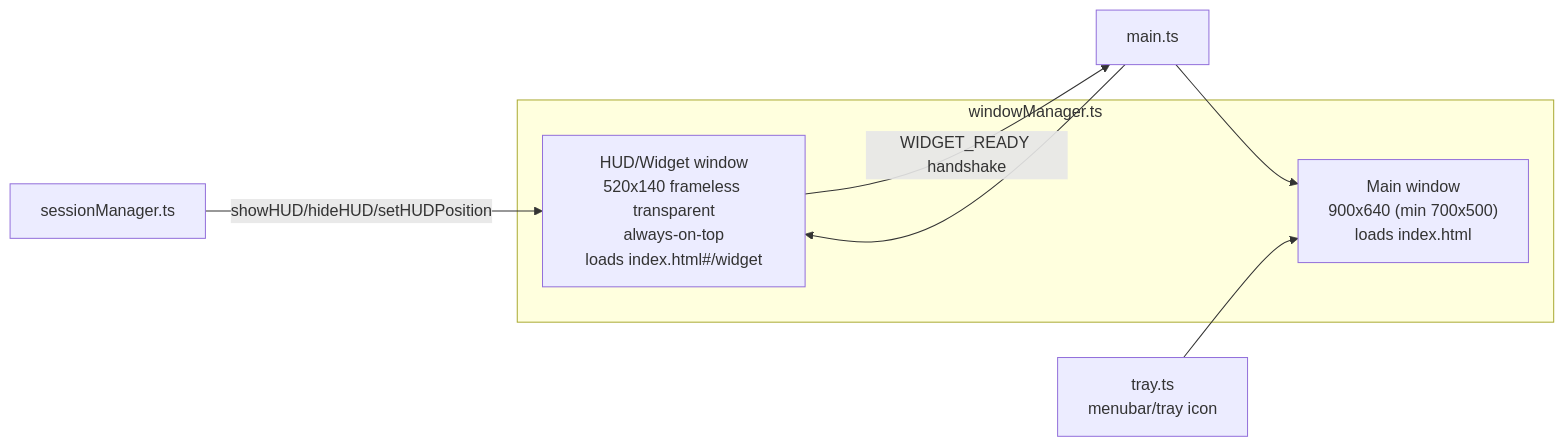
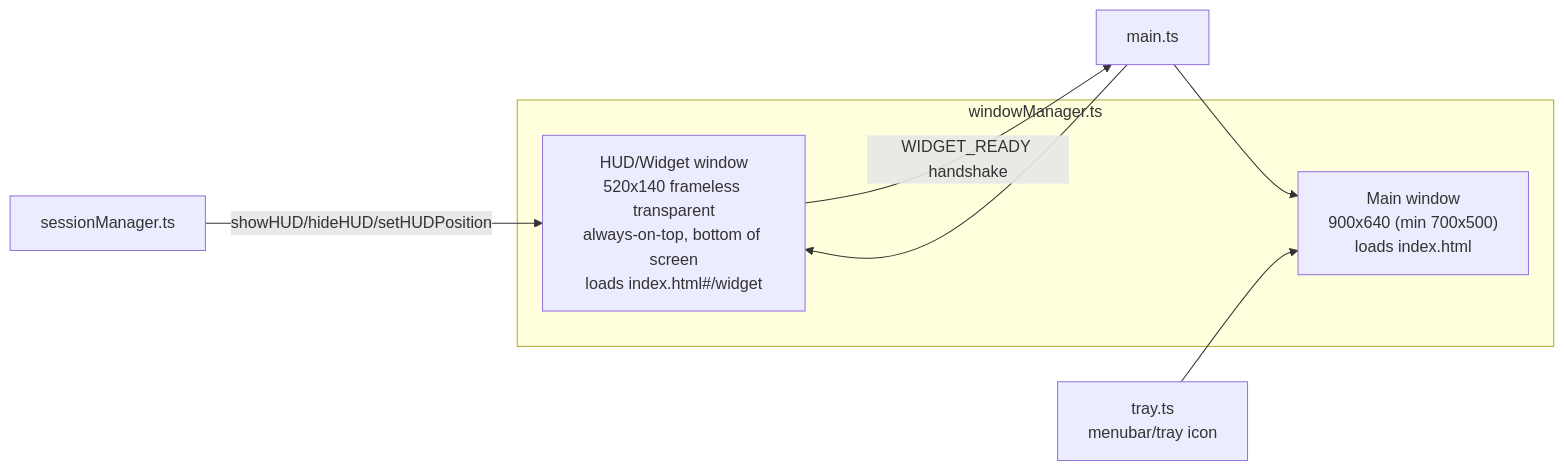
The second of 6 diagrams in SYSTEM-DESIGN.md (Justmalhar/maverick-voice), drawn with Mermaid before and after one commit. The commit also changed other lines of this file and 7 other files, not shown here.

````diff
--- a/SYSTEM-DESIGN.md
+++ b/SYSTEM-DESIGN.md
@@ -133,12 +135,12 @@
 ```mermaid
 flowchart LR
   subgraph WMmod["windowManager.ts"]
     MWIN["Main window\n900x640 (min 700x500)\nloads index.html"]
-    HUD["HUD/Widget window\n520x140 frameless transparent\nalways-on-top\nloads index.html#/widget"]
+    HUD["HUD/Widget window\n520x140 frameless transparent\nalways-on-top, bottom of screen\nloads index.html#/widget"]
   end
   MAIN2["main.ts"] --> MWIN
   MAIN2 --> HUD
   TRAY2["tray.ts\nmenubar/tray icon"] --> MWIN
   SM2["sessionManager.ts"] -->|showHUD/hideHUD/setHUDPosition| HUD
   HUD -->|WIDGET_READY handshake| MAIN2
 ```
````
